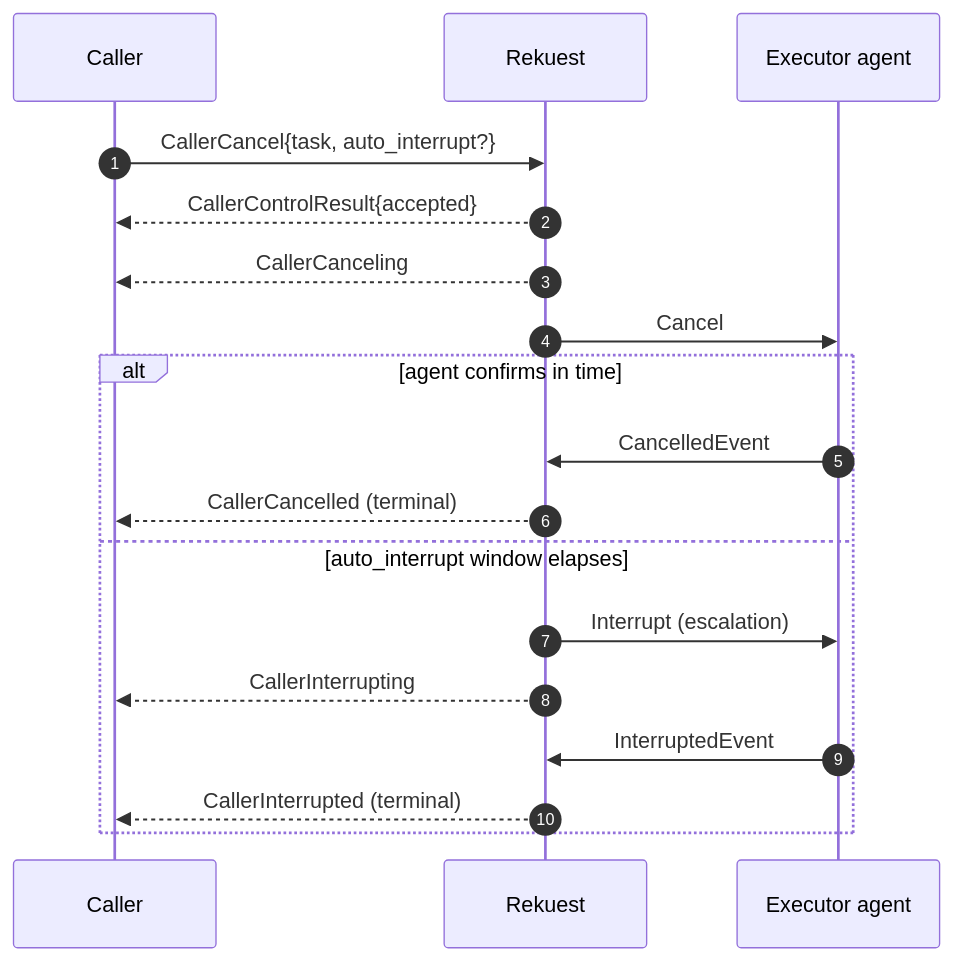
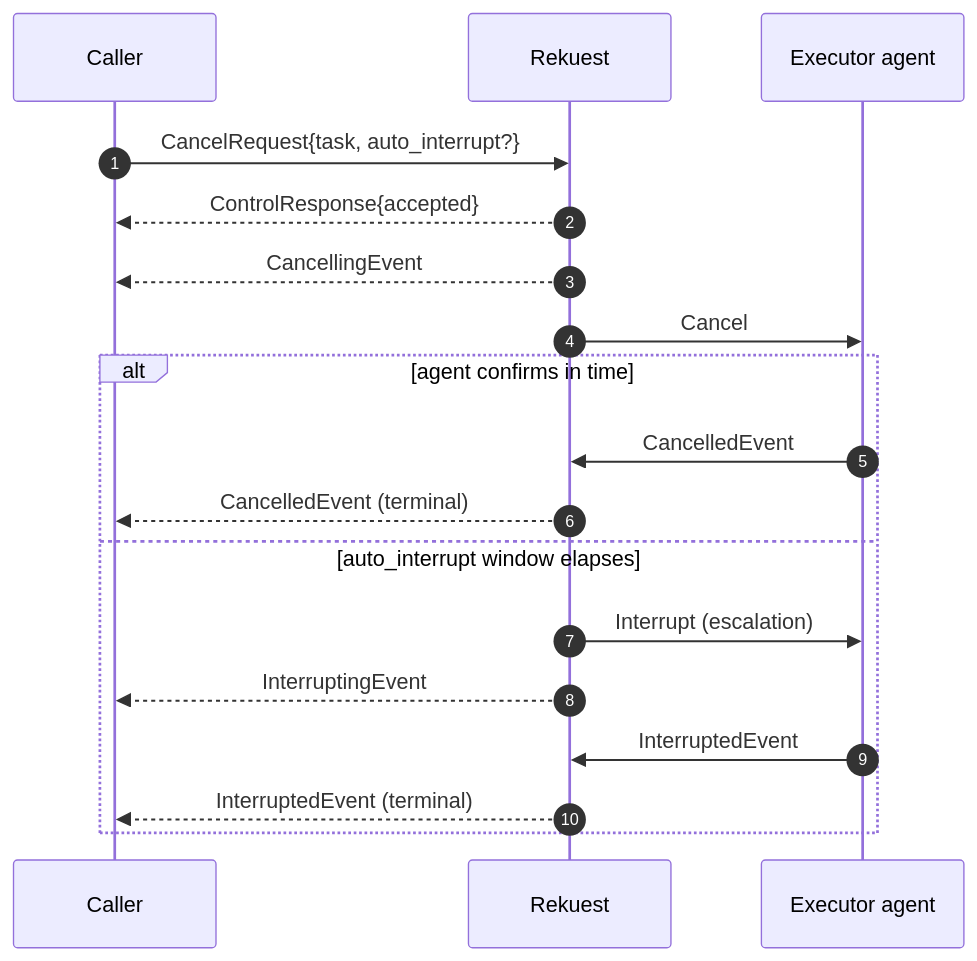
Before and after one commit to arkitektio/rekuest-server-next: the second of 2 diagrams in docs/design/caller-protocol.md, drawn with Mermaid. The commit also changed other lines of this file and 32 other files, not shown here.

````diff
--- a/docs/design/caller-protocol.md
+++ b/docs/design/caller-protocol.md
@@ -185,20 +162,20 @@
 ```mermaid
 sequenceDiagram
     autonumber
     participant C as Caller
     participant R as Rekuest
     participant E as Executor agent
-    C->>R: CallerCancel{task, auto_interrupt?}
-    R-->>C: CallerControlResult{accepted}
-    R-->>C: CallerCanceling
+    C->>R: CancelRequest{task, auto_interrupt?}
+    R-->>C: ControlResponse{accepted}
+    R-->>C: CancellingEvent
     R->>E: Cancel
     alt agent confirms in time
         E->>R: CancelledEvent
-        R-->>C: CallerCancelled (terminal)
+        R-->>C: CancelledEvent (terminal)
     else auto_interrupt window elapses
         R->>E: Interrupt (escalation)
-        R-->>C: CallerInterrupting
+        R-->>C: InterruptingEvent
         E->>R: InterruptedEvent
-        R-->>C: CallerInterrupted (terminal)
+        R-->>C: InterruptedEvent (terminal)
     end
 ```
````
